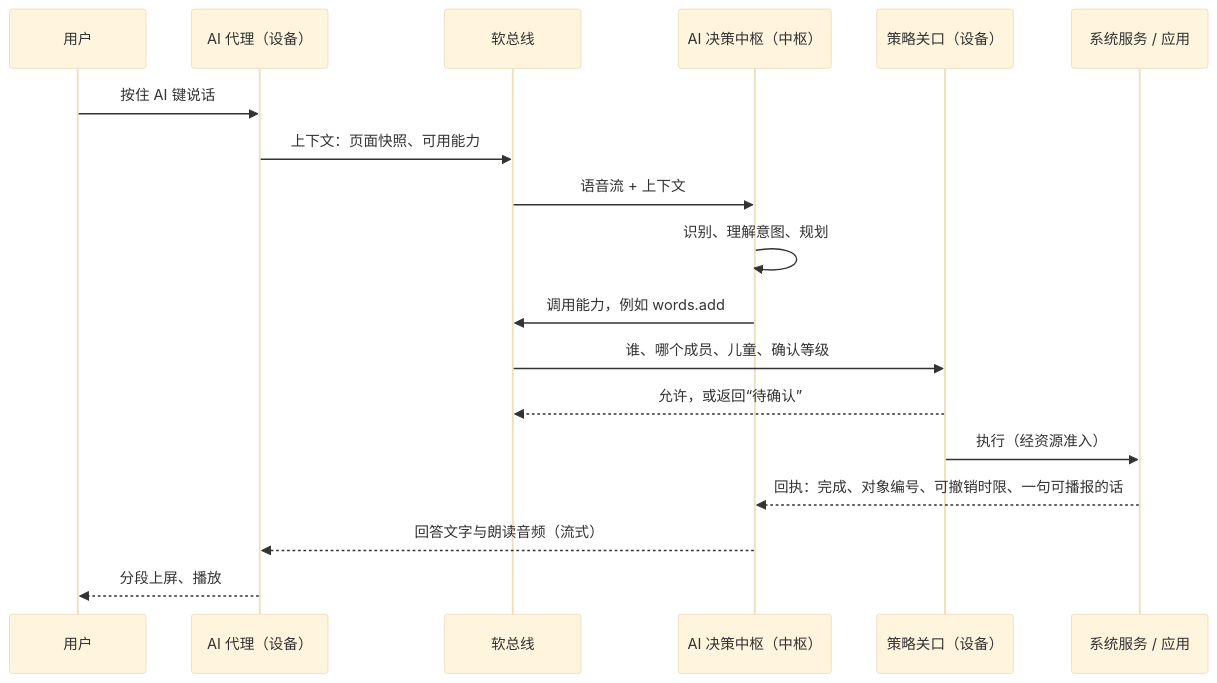
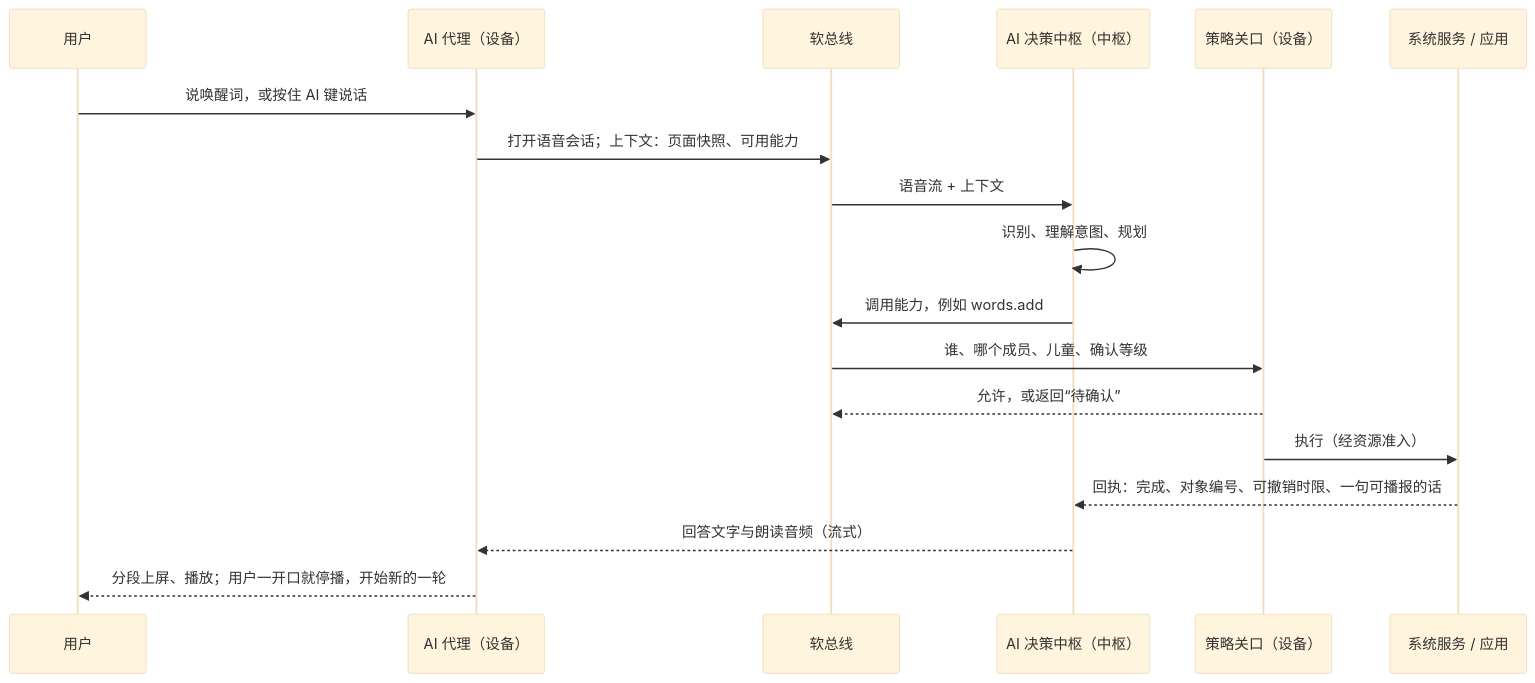
The fourth of 6 diagrams in docs/system/system-architecture.md (Gidean-zcx/ink), drawn with Mermaid (base theme) before and after one commit. The commit also changed other lines of this file and 4 other files, not shown here.

First line of the commit message:
docs: architecture v1.0, D-52..D-54 decided, revisions folded into the body

````diff
--- a/docs/system/system-architecture.md
+++ b/docs/system/system-architecture.md
@@ -297,20 +316,20 @@
 ```mermaid
 sequenceDiagram
   participant U as 用户
   participant AG as AI 代理（设备）
   participant BUS as 软总线
   participant BR as AI 决策中枢（中枢）
   participant G as 策略关口（设备）
   participant S as 系统服务 / 应用
-  U->>AG: 按住 AI 键说话
-  AG->>BUS: 上下文：页面快照、可用能力
+  U->>AG: 说唤醒词，或按住 AI 键说话
+  AG->>BUS: 打开语音会话；上下文：页面快照、可用能力
   BUS->>BR: 语音流 + 上下文
   BR->>BR: 识别、理解意图、规划
   BR->>BUS: 调用能力，例如 words.add
   BUS->>G: 谁、哪个成员、儿童、确认等级
   G-->>BUS: 允许，或返回“待确认”
   G->>S: 执行（经资源准入）
   S-->>BR: 回执：完成、对象编号、可撤销时限、一句可播报的话
   BR-->>AG: 回答文字与朗读音频（流式）
-  AG-->>U: 分段上屏、播放
+  AG-->>U: 分段上屏、播放；用户一开口就停播，开始新的一轮
 ```
````
